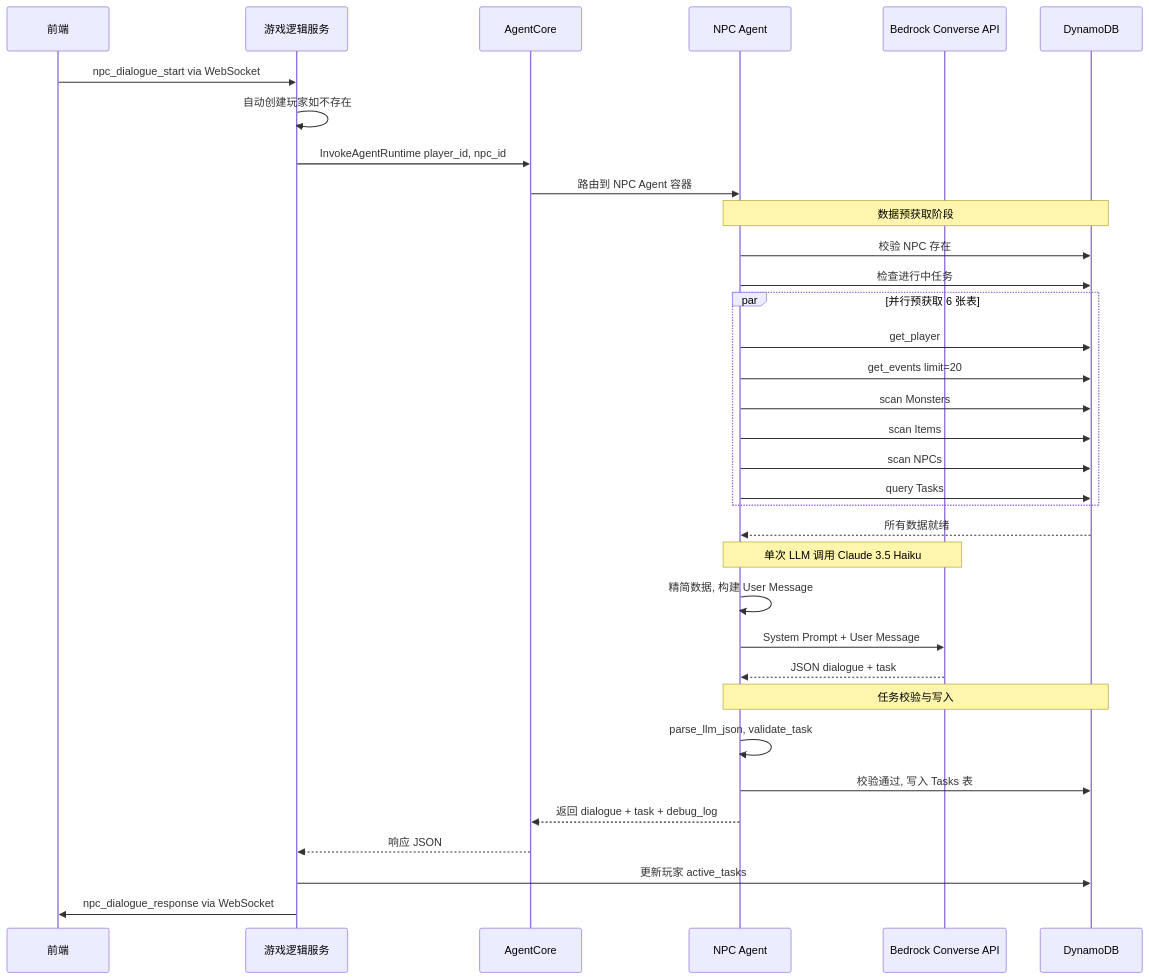
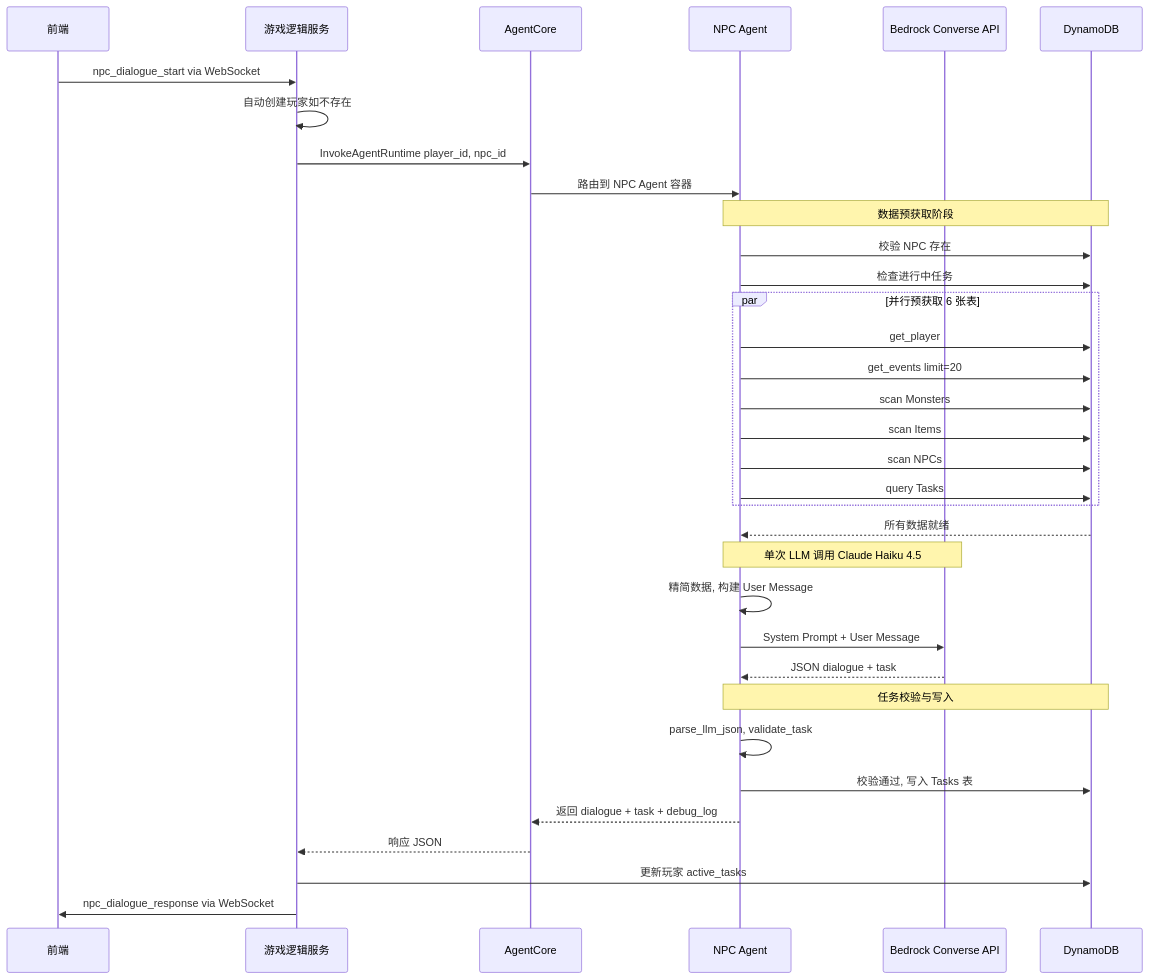
One commit to malphi/game-demo changed the eighth of 10 diagrams in design.md. Above: the diagram before and after it, drawn with Mermaid. The commit also changed other lines of this file and 6 other files, not shown here.

````diff
--- a/design.md
+++ b/design.md
@@ -876,41 +893,41 @@
 ```mermaid
 sequenceDiagram
     participant FE as 前端
     participant GS as 游戏逻辑服务
     participant AC as AgentCore
     participant Agent as NPC Agent
     participant LLM as Bedrock Converse API
     participant DDB as DynamoDB
 
     FE->>GS: npc_dialogue_start via WebSocket
     GS->>GS: 自动创建玩家如不存在
     GS->>AC: InvokeAgentRuntime player_id, npc_id
     AC->>Agent: 路由到 NPC Agent 容器
 
     Note over Agent,DDB: 数据预获取阶段
     Agent->>DDB: 校验 NPC 存在
     Agent->>DDB: 检查进行中任务
     par 并行预获取 6 张表
         Agent->>DDB: get_player
         Agent->>DDB: get_events limit=20
         Agent->>DDB: scan Monsters
         Agent->>DDB: scan Items
         Agent->>DDB: scan NPCs
         Agent->>DDB: query Tasks
     end
     DDB-->>Agent: 所有数据就绪
 
-    Note over Agent,LLM: 单次 LLM 调用 Claude 3.5 Haiku
+    Note over Agent,LLM: 单次 LLM 调用 Claude Haiku 4.5
     Agent->>Agent: 精简数据, 构建 User Message
     Agent->>LLM: System Prompt + User Message
     LLM-->>Agent: JSON dialogue + task
 
     Note over Agent,DDB: 任务校验与写入
     Agent->>Agent: parse_llm_json, validate_task
     Agent->>DDB: 校验通过, 写入 Tasks 表
 
     Agent-->>AC: 返回 dialogue + task + debug_log
     AC-->>GS: 响应 JSON
     GS->>DDB: 更新玩家 active_tasks
     GS->>FE: npc_dialogue_response via WebSocket
 ```
````
